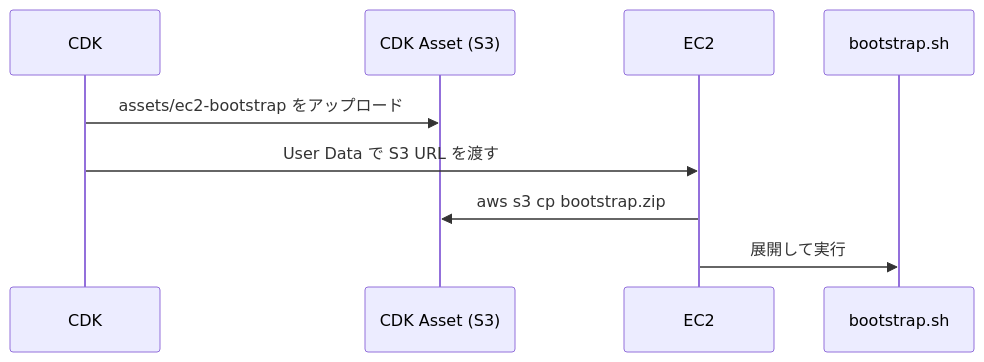
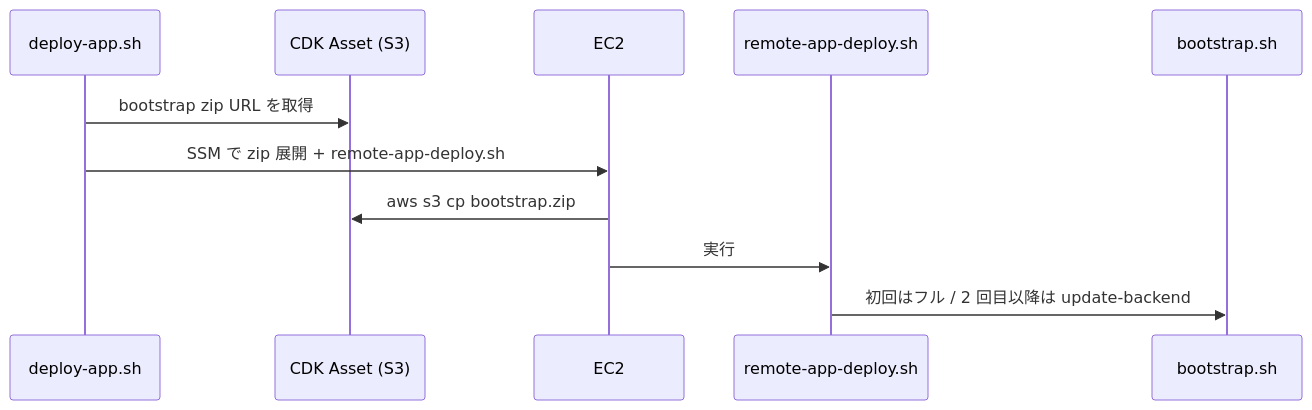
Before and after one commit to DRS22DownForce/SmartHouseholdAccountBook: the third of 3 diagrams in docs/infrastructure/AWS/02-cdk-stack.md, drawn with Mermaid. The commit also changed other lines of this file and 10 other files, not shown here.

Commit message:
AWSインフラストラクチャスクリプトとドキュメントを更新します。EC2ブートストラッププロセスをリファクタリングし、`deploy-app.sh`によるアプリのセットアップを効率化し、ユーザーデータの処理を強化し、ログ記録を改善します。`.gitignore`を更新してローカル開発バイナリを除外し、ドキュメント内のデプロイフローを明確にします。

````diff
--- a/docs/infrastructure/AWS/02-cdk-stack.md
+++ b/docs/infrastructure/AWS/02-cdk-stack.md
@@ -344,12 +336,14 @@
 ```mermaid
 sequenceDiagram
-    participant CDK
+    participant PC as deploy-app.sh
     participant S3 as CDK Asset (S3)
     participant EC2
-    participant Bootstrap as bootstrap.sh
+    participant RAD as remote-app-deploy.sh
+    participant BS as bootstrap.sh
 
-    CDK->>S3: assets/ec2-bootstrap をアップロード
-    CDK->>EC2: User Data で S3 URL を渡す
+    PC->>S3: bootstrap zip URL を取得
+    PC->>EC2: SSM で zip 展開 + remote-app-deploy.sh
     EC2->>S3: aws s3 cp bootstrap.zip
-    EC2->>Bootstrap: 展開して実行
+    EC2->>RAD: 実行
+    RAD->>BS: 初回はフル / 2 回目以降は update-backend
 ```
````
